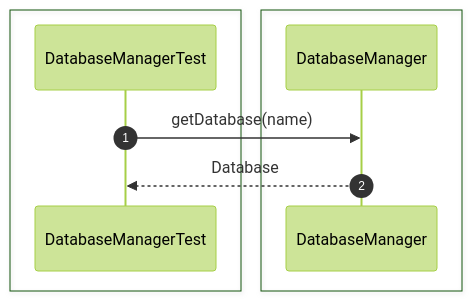
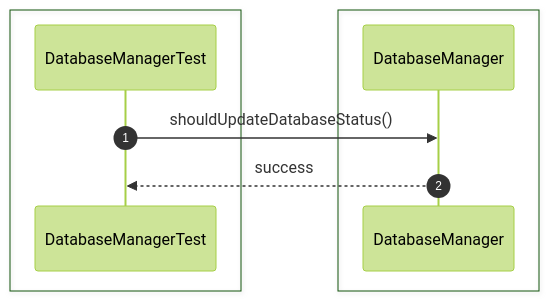
Diagram 16 of 44 in src/sequence/db-server.md (Huy1801214/dbms-architecture), drawn with Mermaid (forest theme) before and after one commit. The commit also changed other lines of this file and 68 other files, not shown here.

Commit message:
implement comprehensive unit test suite and architectural sequence documentation

````diff
--- a/src/sequence/db-server.md
+++ b/src/sequence/db-server.md
@@ -289,14 +233,13 @@
 ```mermaid
 sequenceDiagram
     autonumber
-
     box #e1f5fe Test Suite
     participant Test as DatabaseManagerTest
     end
-    box #e3f2fd Server Managers
-    participant Manager as DatabaseManager
+    box #e3f2fd DatabaseManager Component
+    participant DM as DatabaseManager
     end
 
-    Test->>Manager: getDatabase(name)
-    Manager-->>Test: Database
+    Test->>DM: shouldUpdateDatabaseStatus()
+    DM-->>Test: success
 ```
````
